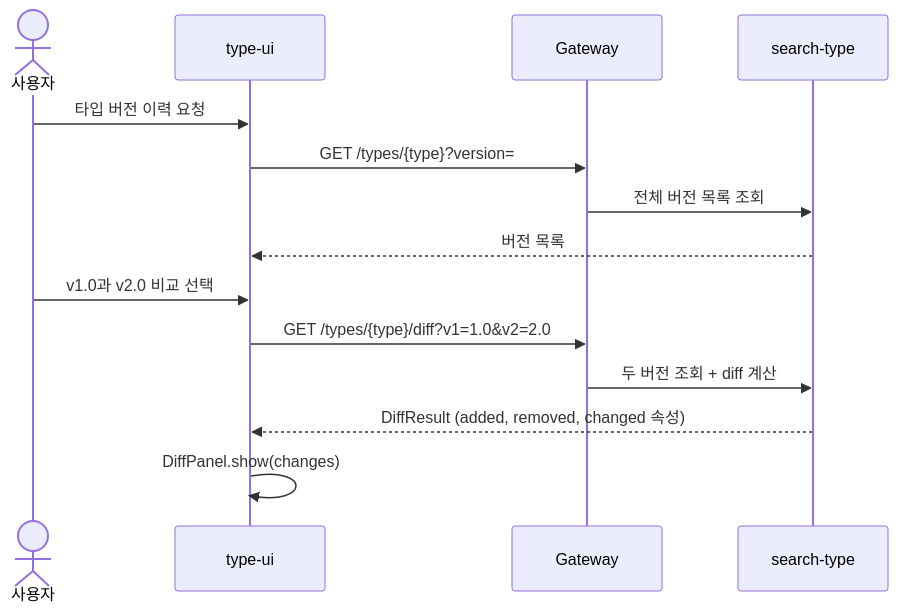
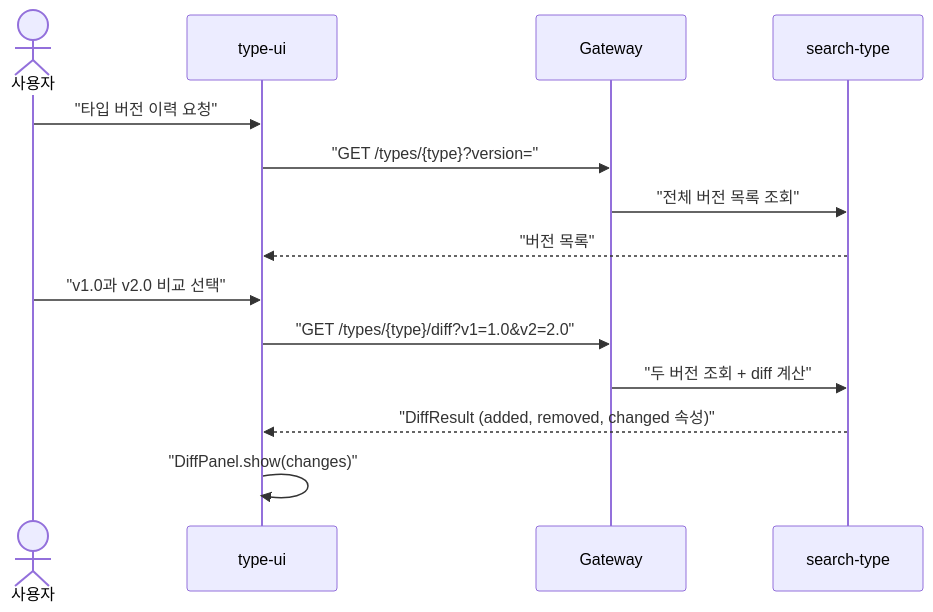
Before and after one commit to sayaya1090/handbook: the eighth of 25 diagrams in docs/usecases.md, drawn with Mermaid. The commit also changed other lines of this file and 22 other files, not shown here.

First line of the commit message:
docs: Mermaid 다이어그램 렌더링 오류 수정을 위한 구문 전수 교정

````diff
--- a/docs/usecases.md
+++ b/docs/usecases.md
@@ -736,18 +736,18 @@
 ```mermaid
 sequenceDiagram
     actor User as 사용자
     participant UI as type-ui
     participant GW as Gateway
     participant API as search-type
 
-    User->>UI: 타입 버전 이력 요청
-    UI->>GW: GET /types/{type}?version=
-    GW->>API: 전체 버전 목록 조회
-    API-->>UI: 버전 목록
+    User->>UI: "타입 버전 이력 요청"
+    UI->>GW: "GET /types/{type}?version="
+    GW->>API: "전체 버전 목록 조회"
+    API-->>UI: "버전 목록"
 
-    User->>UI: v1.0과 v2.0 비교 선택
-    UI->>GW: GET /types/{type}/diff?v1=1.0&v2=2.0
-    GW->>API: 두 버전 조회 + diff 계산
-    API-->>UI: DiffResult (added, removed, changed 속성)
-    UI->>UI: DiffPanel.show(changes)
+    User->>UI: "v1.0과 v2.0 비교 선택"
+    UI->>GW: "GET /types/{type}/diff?v1=1.0&v2=2.0"
+    GW->>API: "두 버전 조회 + diff 계산"
+    API-->>UI: "DiffResult (added, removed, changed 속성)"
+    UI->>UI: "DiffPanel.show(changes)"
 ```
````
